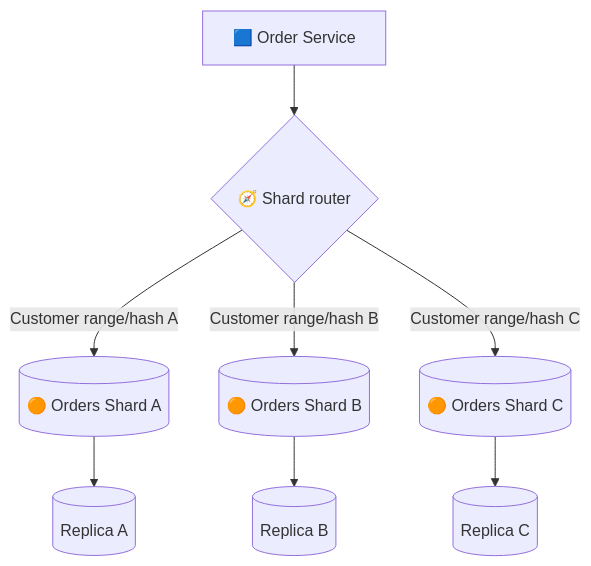
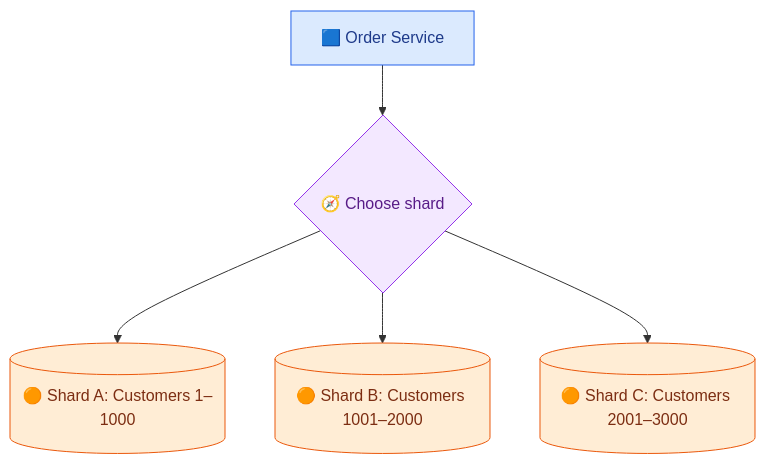
One commit to azam123/Engineering-Interview-Prep changed the sixth of 9 diagrams in System-Design/01-E-Commerce-Amazon.md. Above: the diagram before and after it, drawn with Mermaid. The commit also changed other lines of this file, not shown here.

```diff
--- a/System-Design/01-E-Commerce-Amazon.md
+++ b/System-Design/01-E-Commerce-Amazon.md
@@ -443,10 +363,13 @@
 ~~~mermaid
 flowchart TD
-    APP["🟦 Order Service"] --> ROUTER{"🧭 Shard router"}
-    ROUTER -->|Customer range/hash A| S1[("🟠 Orders Shard A")]
-    ROUTER -->|Customer range/hash B| S2[("🟠 Orders Shard B")]
-    ROUTER -->|Customer range/hash C| S3[("🟠 Orders Shard C")]
-    S1 --> REP1[("Replica A")]
-    S2 --> REP2[("Replica B")]
-    S3 --> REP3[("Replica C")]
+    A["🟦 Order Service"] --> R{"🧭 Choose shard"}
+    R --> S1[("🟠 Shard A: Customers 1–1000")]
+    R --> S2[("🟠 Shard B: Customers 1001–2000")]
+    R --> S3[("🟠 Shard C: Customers 2001–3000")]
+    classDef app fill:#dbeafe,stroke:#2563eb,color:#1e3a8a;
+    classDef router fill:#f3e8ff,stroke:#9333ea,color:#581c87;
+    classDef shard fill:#ffedd5,stroke:#ea580c,color:#7c2d12;
+    class A app;
+    class R router;
+    class S1,S2,S3 shard;
 ~~~
```
